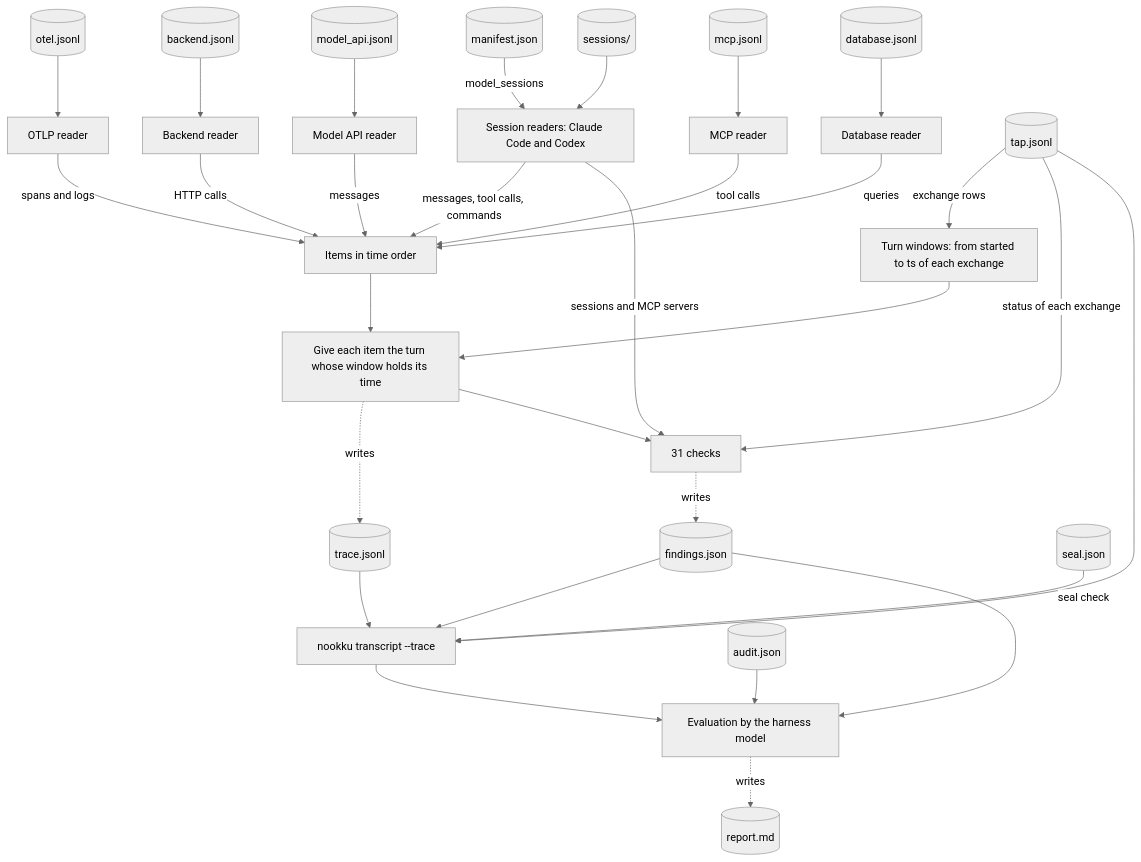
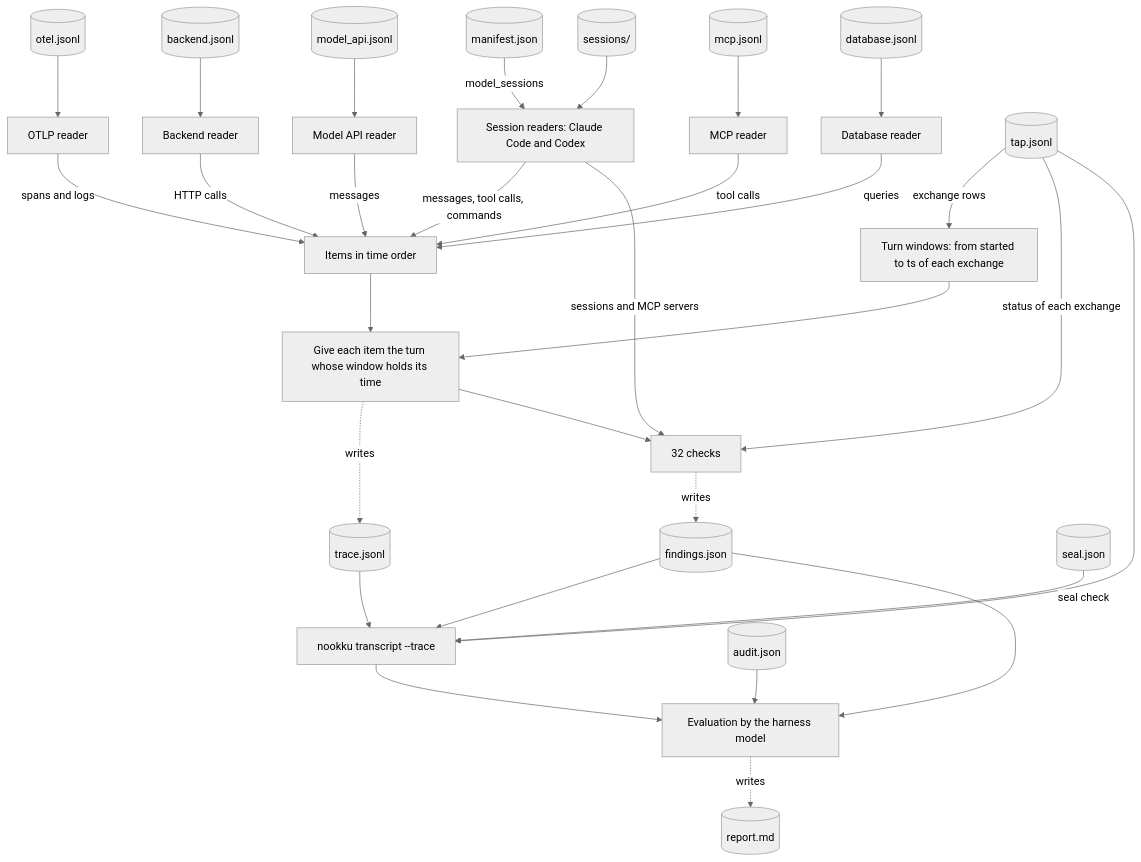
One commit to mohanraj00/nookku changed the fourth of 4 diagrams in docs/architecture.md. Above: the diagram before and after it, drawn with Mermaid (neutral theme). The commit also changed other lines of this file and 113 other files, not shown here.

````diff
--- a/docs/architecture.md
+++ b/docs/architecture.md
@@ -213,32 +213,32 @@
 ```mermaid
 flowchart TB
     manifestrec[(manifest.json)] -->|model_sessions| sreaders[Session readers: Claude Code and Codex]
     sessions[(sessions/)] --> sreaders
     otelrec[(otel.jsonl)] --> oreader[OTLP reader]
     backendrec[(backend.jsonl)] --> breader[Backend reader]
     modelrec[(model_api.jsonl)] --> mreader[Model API reader]
     mcprec[(mcp.jsonl)] --> mcpreader[MCP reader]
     dbrec[(database.jsonl)] --> dbreader[Database reader]
     sreaders -->|messages, tool calls, commands| items[Items in time order]
     oreader -->|spans and logs| items
     breader -->|HTTP calls| items
     mreader -->|messages| items
     mcpreader -->|tool calls| items
     dbreader -->|queries| items
     taprec[(tap.jsonl)] -->|exchange rows| windows[Turn windows: from started to ts of each exchange]
     items --> assign[Give each item the turn whose window holds its time]
     windows --> assign
     assign -.->|writes| tracerec[(trace.jsonl)]
-    assign --> checks[31 checks]
+    assign --> checks[32 checks]
     sreaders -->|sessions and MCP servers| checks
     taprec -->|status of each exchange| checks
     checks -.->|writes| findingsrec[(findings.json)]
     taprec --> transcript[nookku transcript --trace]
     tracerec --> transcript
     findingsrec --> transcript
     sealrec[(seal.json)] -->|seal check| transcript
     transcript --> eval[Evaluation by the harness model]
     findingsrec --> eval
     auditrec[(audit.json)] --> eval
     eval -.->|writes| report[(report.md)]
 ```
````
